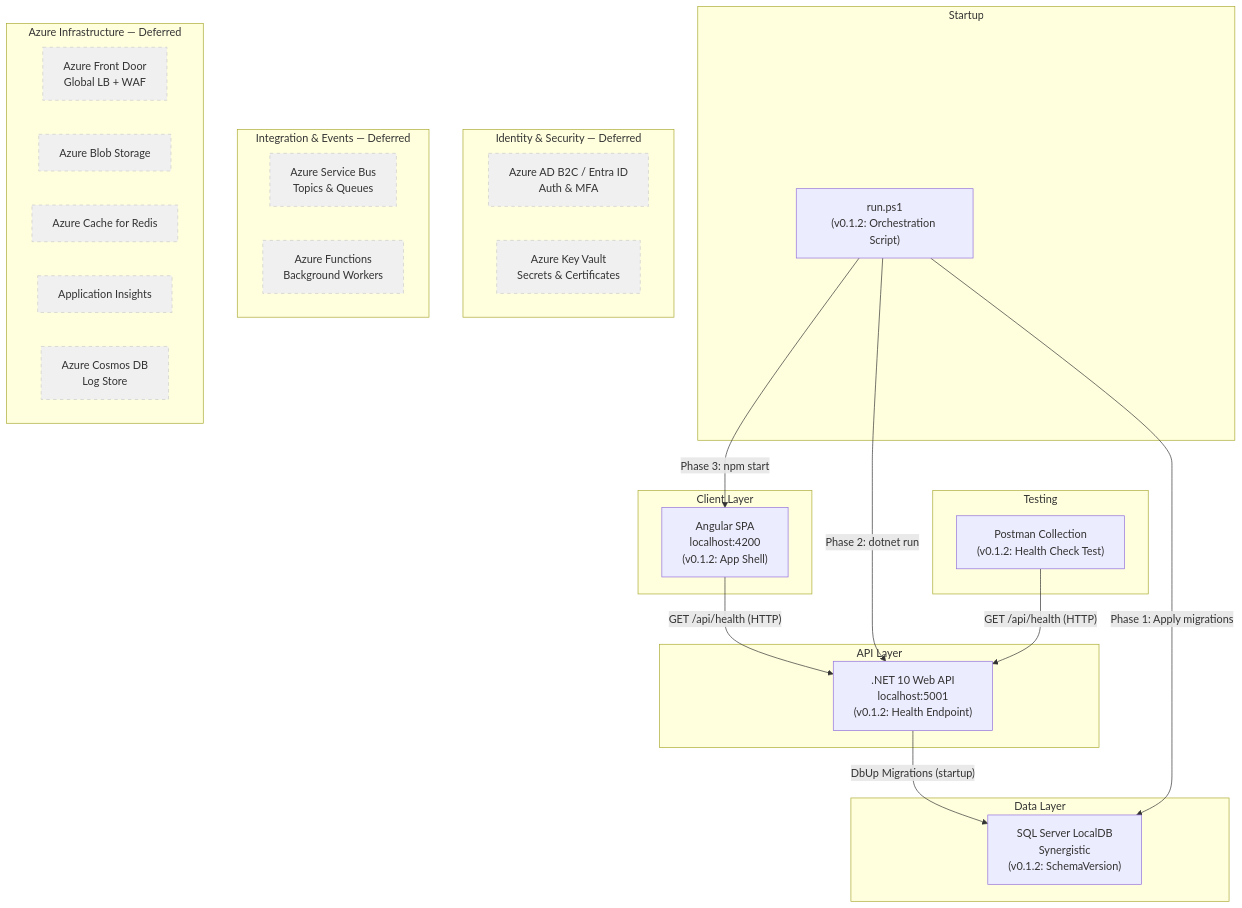
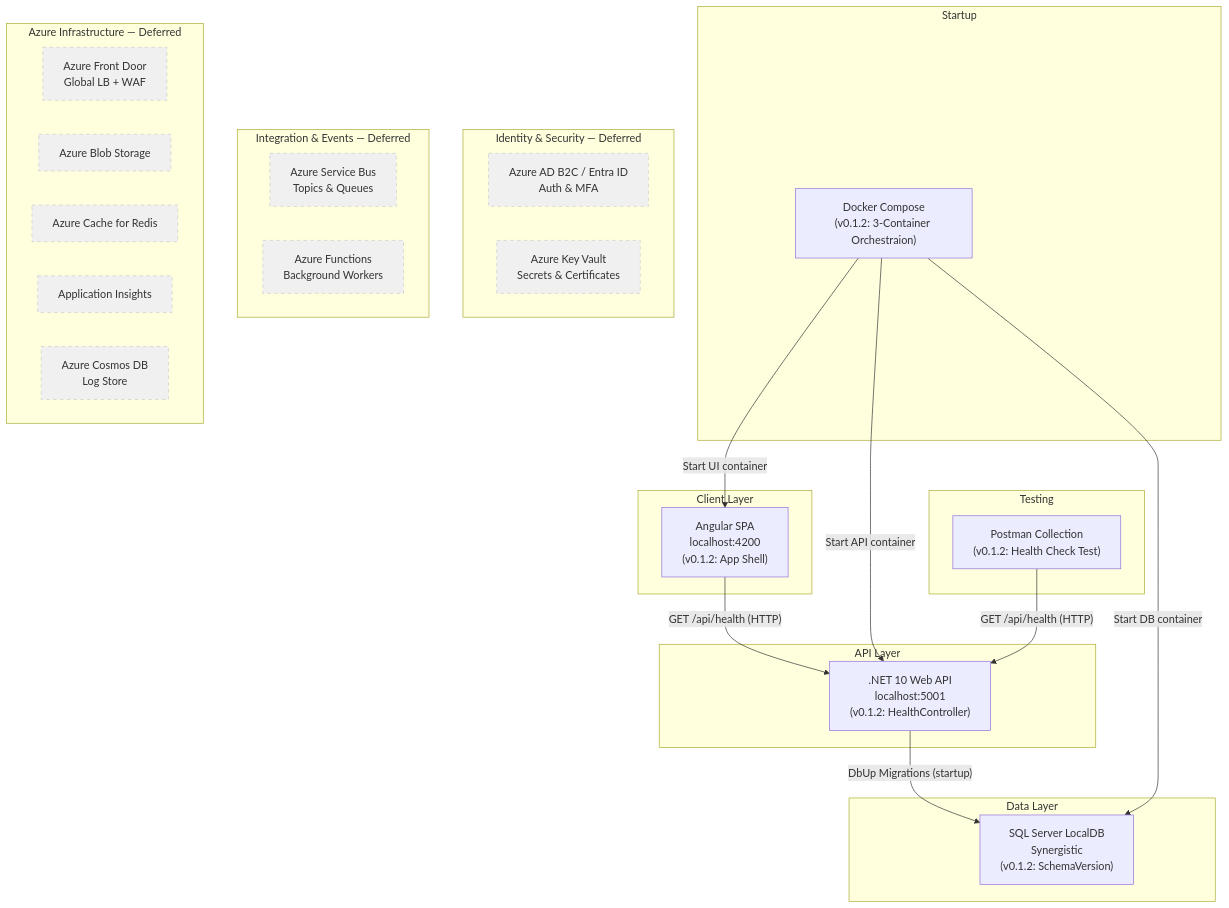
One commit to tumuchcoffee/icm-coding-workflow changed the first of 5 diagrams in feature-workspace/v0.1.2/02-architecture/output/component-interaction.md. Above: the diagram before and after it, drawn with Mermaid. The commit also changed other lines of this file and 32 other files, not shown here.

````diff
--- a/feature-workspace/v0.1.2/02-architecture/output/component-interaction.md
+++ b/feature-workspace/v0.1.2/02-architecture/output/component-interaction.md
@@ -13,56 +13,56 @@
 ```mermaid
 graph TD
     subgraph "Client Layer"
         A["Angular SPA<br/>localhost:4200<br/>(v0.1.2: App Shell)"]
     end
 
     subgraph "API Layer"
-        B[".NET 10 Web API<br/>localhost:5001<br/>(v0.1.2: Health Endpoint)"]
+        B[".NET 10 Web API<br/>localhost:5001<br/>(v0.1.2: HealthController)"]
     end
 
     subgraph "Data Layer"
         E["SQL Server LocalDB<br/>Synergistic<br/>(v0.1.2: SchemaVersion)"]
     end
 
     subgraph "Testing"
         PM["Postman Collection<br/>(v0.1.2: Health Check Test)"]
     end
 
     subgraph "Startup"
-        PS["run.ps1<br/>(v0.1.2: Orchestration Script)"]
+        PS["Docker Compose<br/>(v0.1.2: 3-Container Orchestraion)"]
     end
 
     subgraph "Identity & Security — Deferred"
         style H fill:#f0f0f0,stroke:#ccc,stroke-dasharray: 5 5
         style I fill:#f0f0f0,stroke:#ccc,stroke-dasharray: 5 5
         H["Azure AD B2C / Entra ID<br/>Auth & MFA"]
         I["Azure Key Vault<br/>Secrets & Certificates"]
     end
 
     subgraph "Integration & Events — Deferred"
         style C fill:#f0f0f0,stroke:#ccc,stroke-dasharray: 5 5
         style D fill:#f0f0f0,stroke:#ccc,stroke-dasharray: 5 5
         C["Azure Service Bus<br/>Topics & Queues"]
         D["Azure Functions<br/>Background Workers"]
     end
 
     subgraph "Azure Infrastructure — Deferred"
         style FD fill:#f0f0f0,stroke:#ccc,stroke-dasharray: 5 5
         style F fill:#f0f0f0,stroke:#ccc,stroke-dasharray: 5 5
         style G fill:#f0f0f0,stroke:#ccc,stroke-dasharray: 5 5
         style J fill:#f0f0f0,stroke:#ccc,stroke-dasharray: 5 5
         style K fill:#f0f0f0,stroke:#ccc,stroke-dasharray: 5 5
         FD["Azure Front Door<br/>Global LB + WAF"]
         F["Azure Blob Storage"]
         G["Azure Cache for Redis"]
         J["Application Insights"]
         K["Azure Cosmos DB<br/>Log Store"]
     end
 
     A -->|"GET /api/health (HTTP)"| B
     B -->|"DbUp Migrations (startup)"| E
-    PS -->|"Phase 1: Apply migrations"| E
-    PS -->|"Phase 2: dotnet run"| B
-    PS -->|"Phase 3: npm start"| A
+    PS -->|"Start DB container"| E
+    PS -->|"Start API container"| B
+    PS -->|"Start UI container"| A
     PM -->|"GET /api/health (HTTP)"| B
 ```
````
